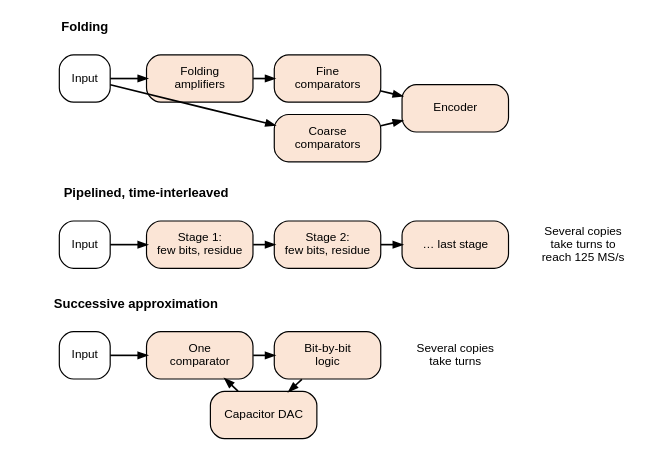
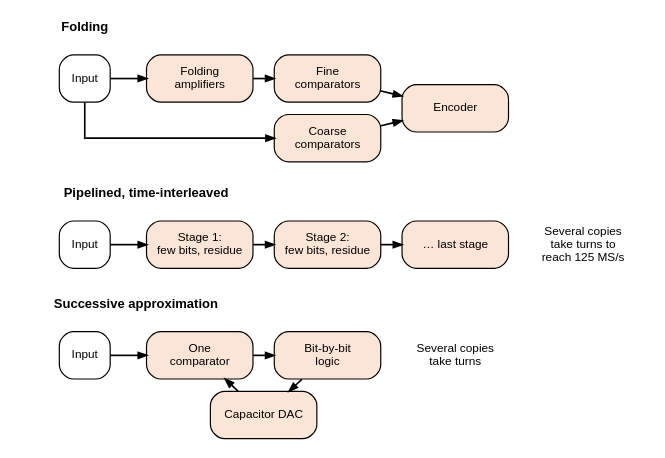
Before and after one commit to mithro/evampire: the diagram in docs/ethernet/phy-electrical/integration/adc-options.dot, drawn with Graphviz.

Commit message:
Route the input to the coarse comparators around the folding amplifiers

```diff
--- a/docs/ethernet/phy-electrical/integration/adc-options.dot
+++ b/docs/ethernet/phy-electrical/integration/adc-options.dot
@@ -1,44 +1,48 @@
 // Simplified block sketches of the three ADC families that receiver.rst
 // lists as options: folding, pipelined with time interleaving, and
 // interleaved successive approximation (SAR).
 //
 // SPDX-License-Identifier: Apache-2.0
 
 digraph adcs {
     graph [layout=neato, splines=false, overlap=true, fontname="Helvetica",
            size="7.4,3.6"];
     node  [shape=box, style="rounded,filled", fillcolor="#fbe5d6",
            fontname="Helvetica", fontsize=10, width=1.25, height=0.55,
            fixedsize=true];
     edge  [fontname="Helvetica", fontsize=9, arrowsize=0.7, penwidth=1.4];
 
     h1 [pos="0.4,3.5!", shape=plaintext, style="", width=1.6, height=0.25,
         fontsize=11, fontname="Helvetica-Bold", label="Folding"];
     f_in [pos="0.4,2.9!", width=0.6, label="Input", fillcolor="#ffffff"];
     f_fold [pos="1.75,2.9!", label="Folding\namplifiers"];
     f_fine [pos="3.25,2.9!", label="Fine\ncomparators"];
     f_coarse [pos="3.25,2.2!", label="Coarse\ncomparators"];
     f_enc [pos="4.75,2.55!", label="Encoder"];
-    f_in -> f_fold; f_fold -> f_fine; f_in -> f_coarse;
+    // Corner point: the direct path to the coarse comparators drops below
+    // the folding amplifiers instead of passing behind them.
+    f_j [pos="0.4,2.2!", shape=point, width=0.01, height=0.01, label=""];
+    f_in -> f_fold; f_fold -> f_fine;
+    f_in -> f_j [arrowhead=none]; f_j -> f_coarse;
     f_fine -> f_enc; f_coarse -> f_enc;
 
     h2 [pos="1.12,1.55!", shape=plaintext, style="", width=2.6, height=0.25,
         fontsize=11, fontname="Helvetica-Bold", label="Pipelined, time-interleaved"];
     p_in [pos="0.4,0.95!", width=0.6, label="Input", fillcolor="#ffffff"];
     p_s1 [pos="1.75,0.95!", label="Stage 1:\nfew bits, residue"];
     p_s2 [pos="3.25,0.95!", label="Stage 2:\nfew bits, residue"];
     p_sn [pos="4.75,0.95!", label="… last stage"];
     p_x [pos="6.25,0.95!", width=1.5, shape=plaintext, style="",
          label="Several copies\ntake turns to\nreach 125 MS/s"];
     p_in -> p_s1; p_s1 -> p_s2; p_s2 -> p_sn; 
 
     h3 [pos="1.0,0.25!", shape=plaintext, style="", width=2.3, height=0.25,
         fontsize=11, fontname="Helvetica-Bold", label="Successive approximation"];
     s_in [pos="0.4,-0.35!", width=0.6, label="Input", fillcolor="#ffffff"];
     s_cmp [pos="1.75,-0.35!", label="One\ncomparator"];
     s_log [pos="3.25,-0.35!", label="Bit-by-bit\nlogic"];
     s_dac [pos="2.5,-1.05!", label="Capacitor DAC"];
     s_x [pos="4.75,-0.35!", width=1.5, shape=plaintext, style="",
          label="Several copies\ntake turns"];
     s_in -> s_cmp; s_cmp -> s_log; s_log -> s_dac; s_dac -> s_cmp;
 }
```
